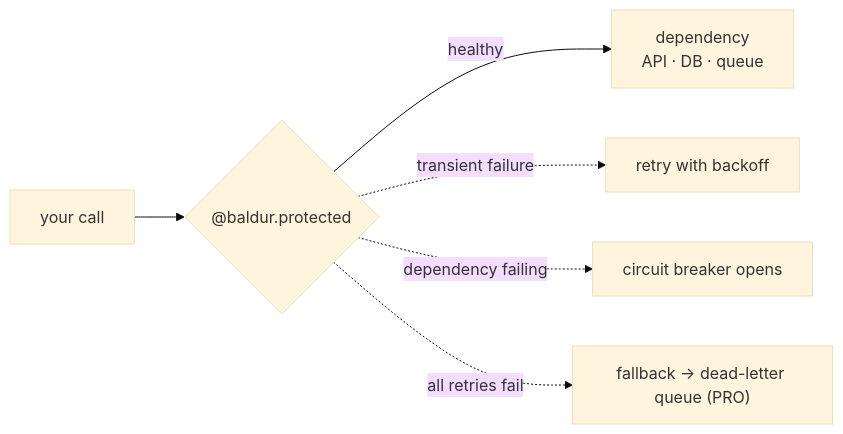
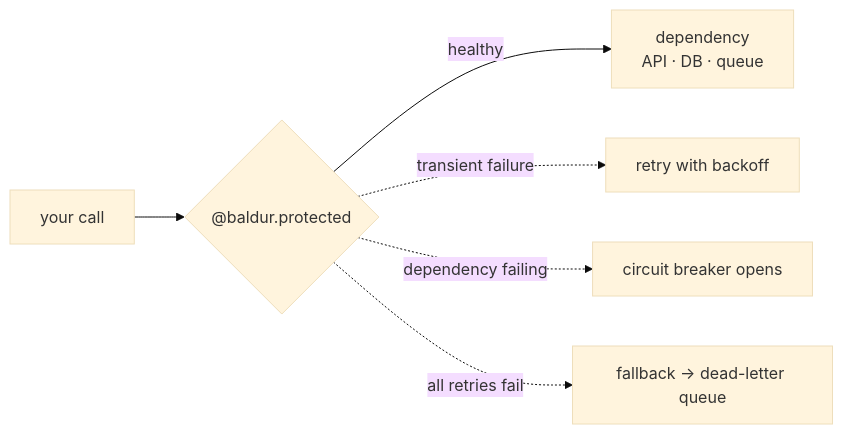
Before and after one commit to baldurhq/baldur: the diagram in docs/concepts/foundations/self-healing.md, drawn with Mermaid (base theme). The commit also changed other lines of this file and 15 other files, not shown here.

````diff
--- a/docs/concepts/foundations/self-healing.md
+++ b/docs/concepts/foundations/self-healing.md
@@ -58,8 +58,8 @@
 ```mermaid
 flowchart LR
     A["your call"] --> B{"@baldur.protected"}
     B -->|"healthy"| C["dependency<br/>API · DB · queue"]
     B -. "transient failure" .-> D["retry with backoff"]
     B -. "dependency failing" .-> E["circuit breaker opens"]
-    B -. "all retries fail" .-> F["fallback → dead-letter queue (PRO)"]
+    B -. "all retries fail" .-> F["fallback → dead-letter queue"]
 ```
````
